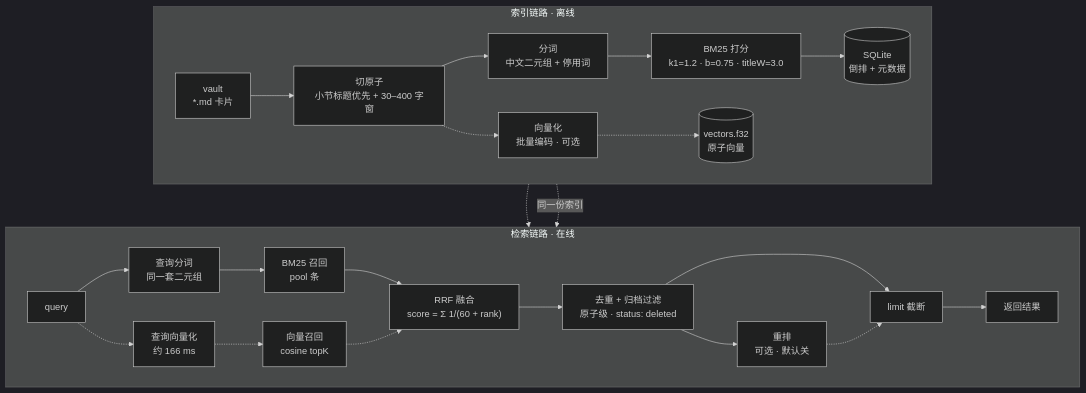
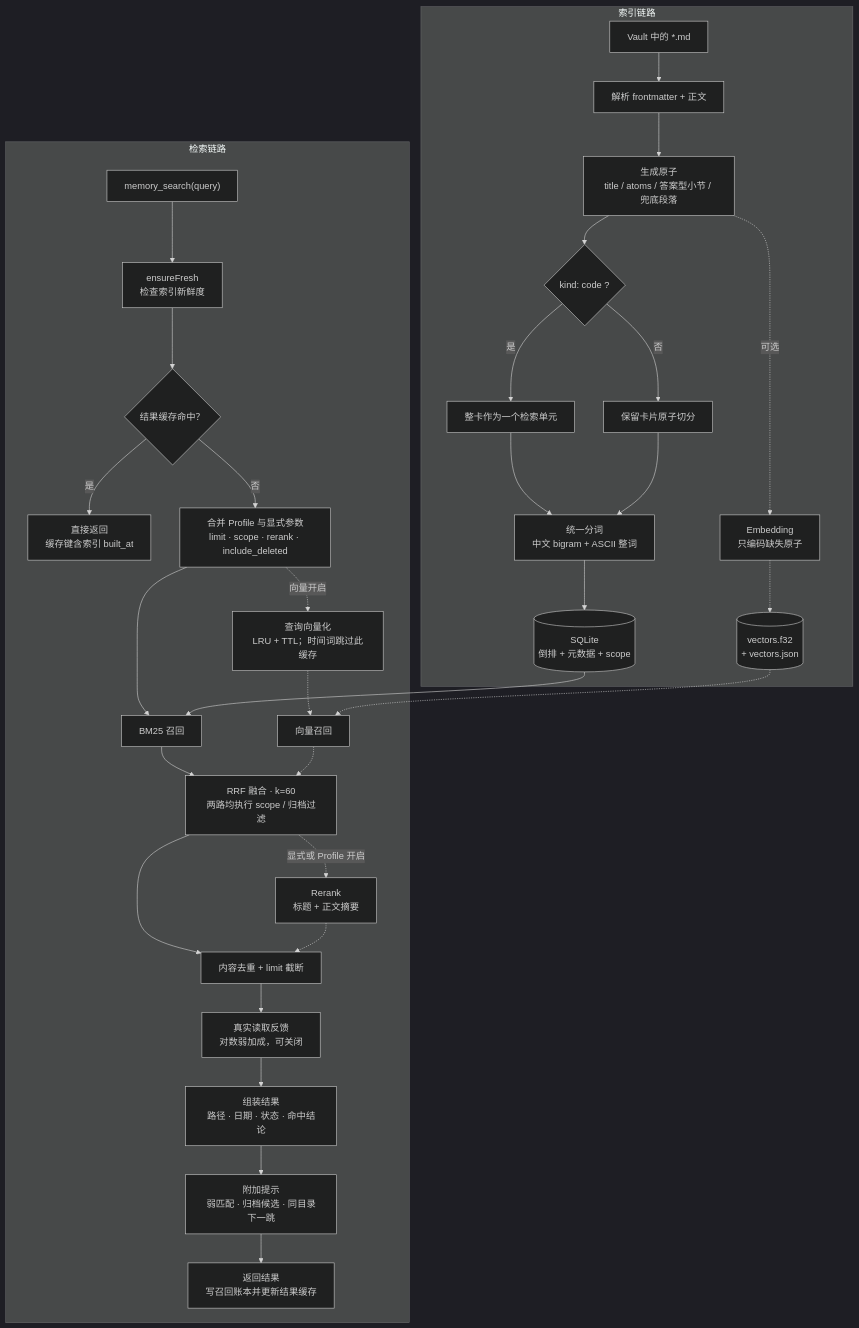
One commit to NachoGPT7007/memory-kb2 changed the second of 2 diagrams in README.md. Above: the diagram before and after it, drawn with Mermaid (dark theme). The commit also changed other lines of this file, not shown here.

````diff
--- a/README.md
+++ b/README.md
@@ -53,30 +103,36 @@
 ```mermaid
 flowchart TB
-  subgraph IDX["索引链路 · 离线"]
-    direction LR
-    V["vault<br/>*.md 卡片"] --> A["切原子<br/>小节标题优先 + 30–400 字窗"]
-    A --> T["分词<br/>中文二元组 + 停用词"]
-    T --> B["BM25 打分<br/>k1=1.2 · b=0.75 · titleW=3.0"]
-    A -.-> E["向量化<br/>批量编码 · 可选"]
-    B --> S[("SQLite<br/>倒排 + 元数据")]
-    E -.-> W[("vectors.f32<br/>原子向量")]
+  subgraph WRITE["索引链路"]
+    V["Vault 中的 *.md"] --> P["解析 frontmatter + 正文"]
+    P --> A["生成原子<br/>title / atoms / 答案型小节 / 兜底段落"]
+    A --> C{"kind: code ?"}
+    C -->|"是"| W["整卡作为一个检索单元"]
+    C -->|"否"| N["保留卡片原子切分"]
+    W --> T["统一分词<br/>中文 bigram + ASCII 整词"]
+    N --> T
+    T --> S[("SQLite<br/>倒排 + 元数据 + scope")]
+    A -.->|"可选"| E["Embedding<br/>只编码缺失原子"]
+    E -.-> F[("vectors.f32<br/>+ vectors.json")]
   end
 
-  subgraph QRY["检索链路 · 在线"]
-    direction LR
-    Q["query"] --> QT["查询分词<br/>同一套二元组"]
-    QT --> BM["BM25 召回<br/>pool 条"]
-    Q -.-> QE["查询向量化<br/>约 166 ms"]
-    QE -.-> VR["向量召回<br/>cosine topK"]
-    W -.-> VR
-    BM --> RRF["RRF 融合<br/>score = Σ 1/(60 + rank)"]
+  subgraph READ["检索链路"]
+    Q["memory_search(query)"] --> FRESH["ensureFresh<br/>检查索引新鲜度"]
+    FRESH --> RC{"结果缓存命中？"}
+    RC -->|"是"| OUT0["直接返回<br/>缓存键含索引 built_at"]
+    RC -->|"否"| PARAM["合并 Profile 与显式参数<br/>limit · scope · rerank · include_deleted"]
+    PARAM --> BM["BM25 召回"]
+    PARAM -.->|"向量开启"| QE["查询向量化<br/>LRU + TTL；时间词跳过此缓存"]
+    S --> BM
+    QE -.-> VR["向量召回"]
+    F -.-> VR
+    BM --> RRF["RRF 融合 · k=60<br/>两路均执行 scope / 归档过滤"]
     VR -.-> RRF
-    RRF --> POST["去重 + 归档过滤<br/>原子级 · status: deleted"]
-    POST --> RE["重排<br/>可选 · 默认关"]
-    POST --> LIM["limit 截断"]
-    RE -.-> LIM
-    LIM --> RES["返回结果"]
+    RRF --> DD["内容去重 + limit 截断"]
+    RRF -.->|"显式或 Profile 开启"| RR["Rerank<br/>标题 + 正文摘要"]
+    RR -.-> DD
+    DD --> FB["真实读取反馈<br/>对数弱加成，可关闭"]
+    FB --> CTX["组装结果<br/>路径 · 日期 · 状态 · 命中结论"]
+    CTX --> NOTE["附加提示<br/>弱匹配 · 归档候选 · 同目录下一跳"]
+    NOTE --> OUT1["返回结果<br/>写召回账本并更新结果缓存"]
   end
-
-  S -.->|同一份索引| BM
 ```
````
